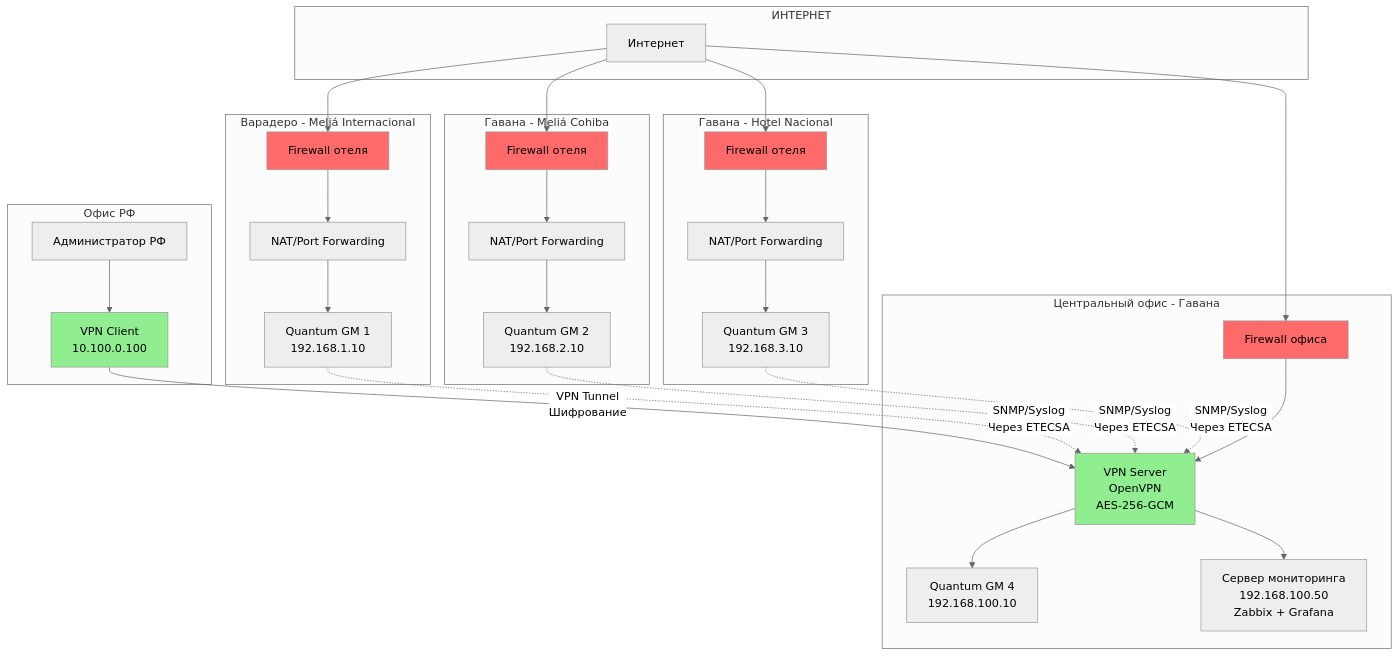
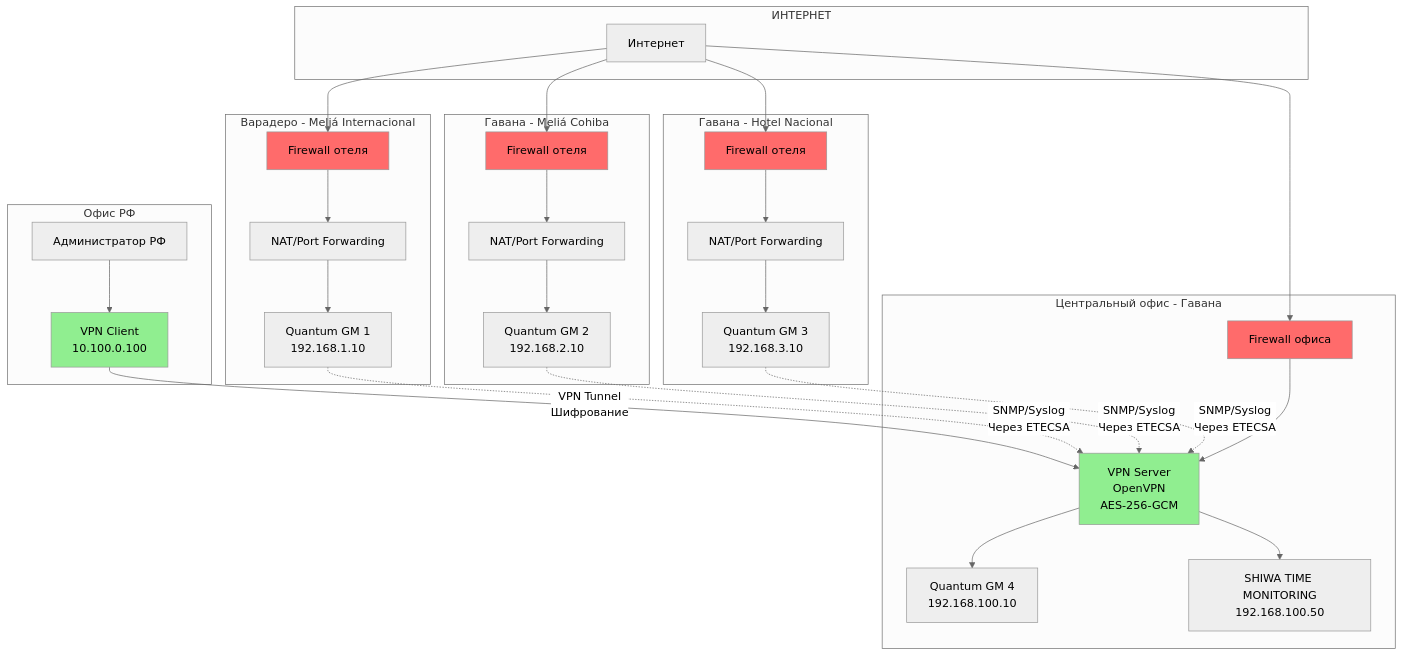
One commit to SiwaNetwork/BIZNES_HOTEL changed the sixth of 6 diagrams in network_diagrams.md. Above: the diagram before and after it, drawn with Mermaid (neutral theme). The commit also changed other lines of this file and 4 other files, not shown here.

First line of the commit message:
Переименован 'Сервер мониторинга Zabbix + Grafana' в 'SHIWA TIME MONITORING'

````diff
--- a/network_diagrams.md
+++ b/network_diagrams.md
@@ -523,67 +523,67 @@
 ```mermaid
 graph TB
     subgraph "ИНТЕРНЕТ"
         INTERNET[Интернет]
     end
     
     subgraph "Варадеро - Meliá Internacional"
         FW1[Firewall отеля]
         NAT1[NAT/Port Forwarding]
         GM1[Quantum GM 1<br/>192.168.1.10]
         
         INTERNET --> FW1
         FW1 --> NAT1
         NAT1 --> GM1
     end
     
     subgraph "Гавана - Meliá Cohiba"
         FW2[Firewall отеля]
         NAT2[NAT/Port Forwarding]
         GM2[Quantum GM 2<br/>192.168.2.10]
         
         INTERNET --> FW2
         FW2 --> NAT2
         NAT2 --> GM2
     end
     
     subgraph "Гавана - Hotel Nacional"
         FW3[Firewall отеля]
         NAT3[NAT/Port Forwarding]
         GM3[Quantum GM 3<br/>192.168.3.10]
         
         INTERNET --> FW3
         FW3 --> NAT3
         NAT3 --> GM3
     end
     
     subgraph "Центральный офис - Гавана"
         FW4[Firewall офиса]
         VPN_SERVER[VPN Server<br/>OpenVPN<br/>AES-256-GCM]
         GM4[Quantum GM 4<br/>192.168.100.10]
-        MON[Сервер мониторинга<br/>192.168.100.50<br/>Zabbix + Grafana]
+        MON[SHIWA TIME MONITORING<br/>192.168.100.50]
         
         INTERNET --> FW4
         FW4 --> VPN_SERVER
         VPN_SERVER --> GM4
         VPN_SERVER --> MON
     end
     
     subgraph "Офис РФ"
         VPN_CLIENT[VPN Client<br/>10.100.0.100]
         RF_ADMIN[Администратор РФ]
         
         RF_ADMIN --> VPN_CLIENT
         VPN_CLIENT -->|VPN Tunnel<br/>Шифрование| VPN_SERVER
     end
     
     GM1 -.->|SNMP/Syslog<br/>Через ETECSA| VPN_SERVER
     GM2 -.->|SNMP/Syslog<br/>Через ETECSA| VPN_SERVER
     GM3 -.->|SNMP/Syslog<br/>Через ETECSA| VPN_SERVER
 
     style FW1 fill:#FF6B6B
     style FW2 fill:#FF6B6B
     style FW3 fill:#FF6B6B
     style FW4 fill:#FF6B6B
     style VPN_SERVER fill:#90EE90
     style VPN_CLIENT fill:#90EE90
 ```
````
